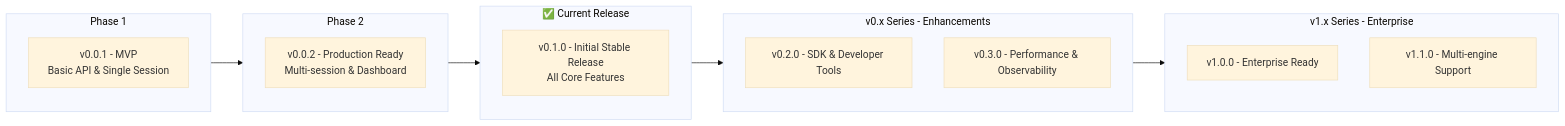
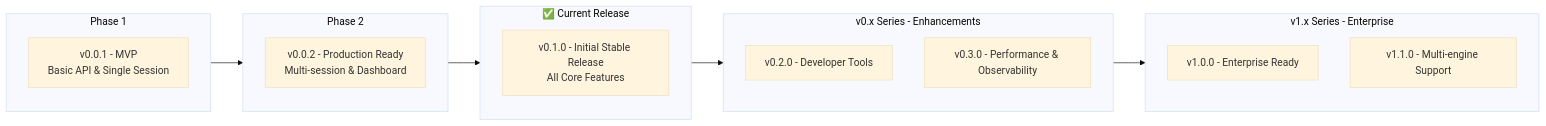
The sixth of 7 diagrams in src/OpenWA/docs/15-project-roadmap.md (qloop-tech/AgentForge.Core), drawn with Mermaid (base theme) before and after one commit. The commit also changed other lines of this file and 22 other files, not shown here.

````diff
--- a/src/OpenWA/docs/15-project-roadmap.md
+++ b/src/OpenWA/docs/15-project-roadmap.md
@@ -455,26 +450,26 @@
 ```mermaid
 flowchart LR
     subgraph Phase1["Phase 1"]
         V001[v0.0.1 - MVP<br/>Basic API & Single Session]
     end
 
     subgraph Phase2["Phase 2"]
         V002[v0.0.2 - Production Ready<br/>Multi-session & Dashboard]
     end
 
     subgraph Current["✅ Current Release"]
         V010[v0.1.0 - Initial Stable Release<br/>All Core Features]
     end
 
     subgraph v0.x["v0.x Series - Enhancements"]
-        V020[v0.2.0 - SDK & Developer Tools]
+        V020[v0.2.0 - Developer Tools]
         V030[v0.3.0 - Performance & Observability]
     end
 
     subgraph v1.x["v1.x Series - Enterprise"]
         V10[v1.0.0 - Enterprise Ready]
         V11[v1.1.0 - Multi-engine Support]
     end
 
     Phase1 --> Phase2 --> Current --> v0.x --> v1.x
 ```
````
